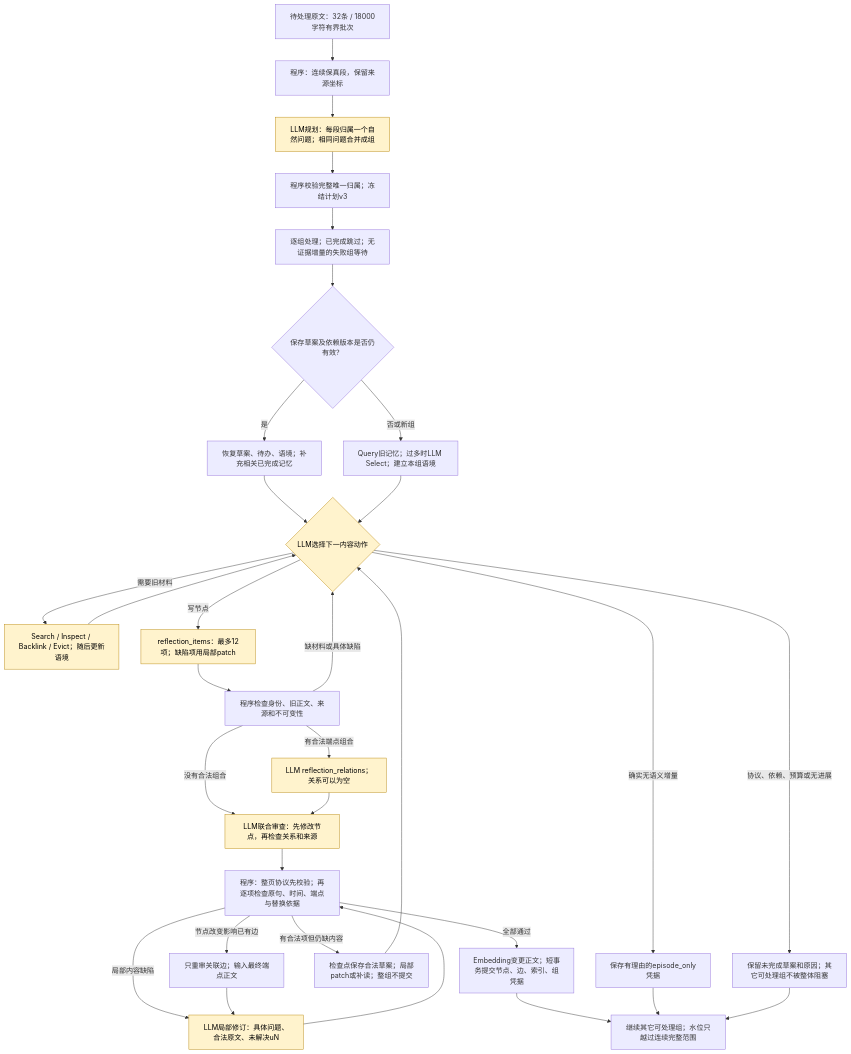
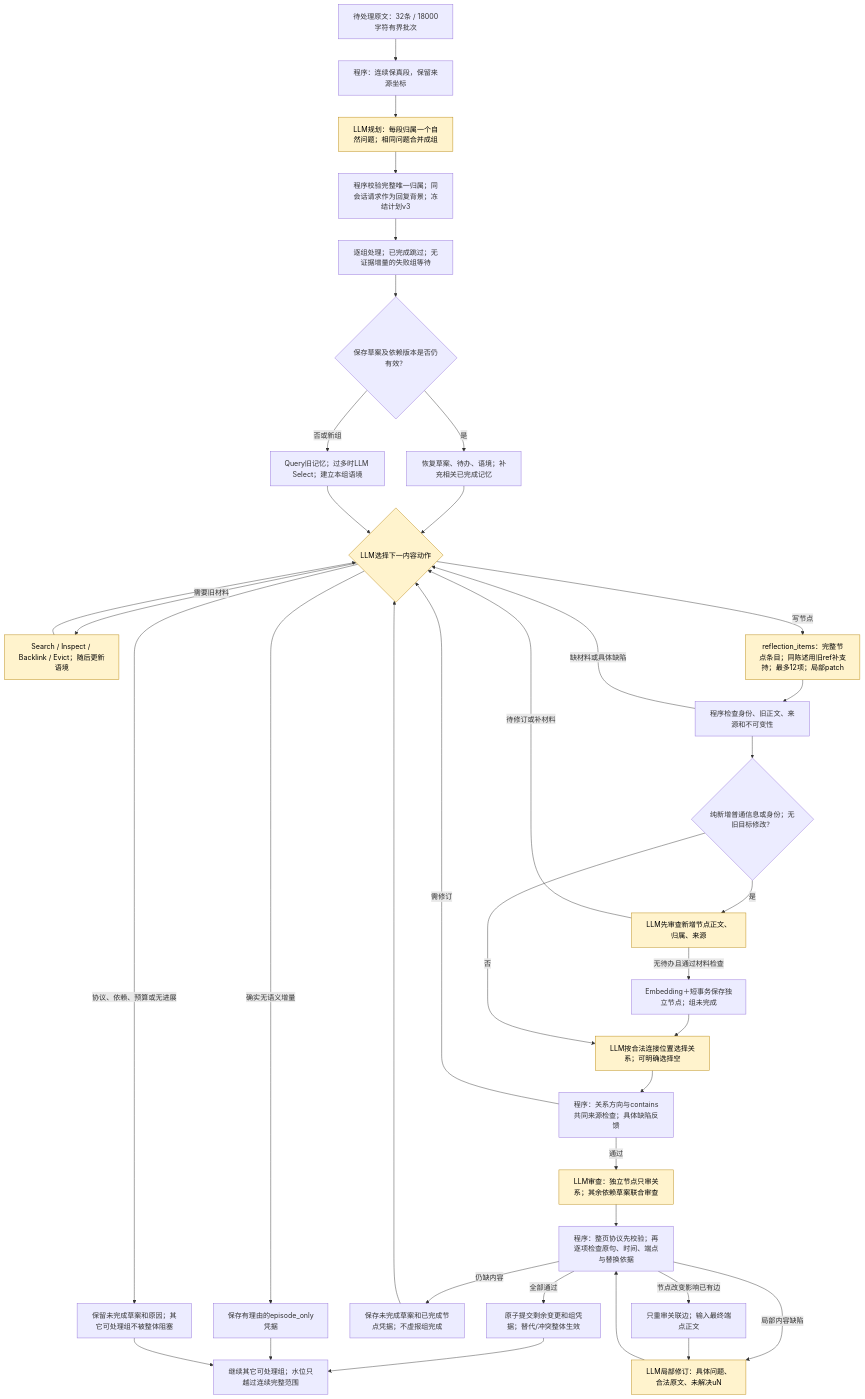
The second of 3 diagrams in DESIGN.md (Graygoo7529/AM-Link), drawn with Mermaid before and after one commit. The commit also changed other lines of this file and 53 other files, not shown here.

````diff
--- a/DESIGN.md
+++ b/DESIGN.md
@@ -44,35 +52,41 @@
 ```mermaid
 flowchart TD
  A[待处理原文：32条 / 18000字符有界批次] --> P[程序：连续保真段，保留来源坐标]
  P --> G[LLM规划：每段归属一个自然问题；相同问题合并成组]
- G --> V[程序校验完整唯一归属；冻结计划v3]
+ G --> V[程序校验完整唯一归属；同会话请求作为回复背景；冻结计划v3]
  V --> N[逐组处理；已完成跳过；无证据增量的失败组等待]
  N --> R{保存草案及依赖版本是否仍有效？}
  R -->|是| S[恢复草案、待办、语境；补充相关已完成记忆]
  R -->|否或新组| O[Query旧记忆；过多时LLM Select；建立本组语境]
  S --> L
  O --> L{LLM选择下一内容动作}
  L -->|需要旧材料| Q[Search / Inspect / Backlink / Evict；随后更新语境]
  Q --> L
- L -->|写节点| I[reflection_items：最多12项；缺陷项用局部patch]
+ L -->|写节点| I[reflection_items：完整节点条目；同陈述用旧ref补支持；最多12项；局部patch]
  L -->|确实无语义增量| NO[保存有理由的episode_only凭据]
  I --> C[程序检查身份、旧正文、来源和不可变性]
  C -->|缺材料或具体缺陷| L
- C -->|有合法端点组合| E[LLM reflection_relations；关系可以为空]
- C -->|没有合法组合| U
- E --> U[LLM联合审查：先修改节点，再检查关系和来源]
+ C --> IC{纯新增普通信息或身份；无旧目标修改？}
+ IC -->|是| NR[LLM先审查新增节点正文、归属、来源]
+ NR -->|无待办且通过材料检查| NC[Embedding＋短事务保存独立节点；组未完成]
+ NR -->|待修订或补材料| L
+ NC --> E[LLM按合法连接位置选择关系；可明确选择空]
+ IC -->|否| E
+ E --> E2[程序：关系方向与contains共同来源检查；具体缺陷反馈]
+ E2 -->|通过| U[LLM审查：独立节点只审关系；其余依赖草案联合审查]
+ E2 -->|需修订| L
  U --> K[程序：整页协议先校验；再逐项检查原句、时间、端点与替换依据]
  K -->|局部内容缺陷| LR[LLM局部修订：具体问题、合法原文、未解决uN]
  LR --> K
  K -->|节点改变影响已有边| ER[只重审关联边；输入最终端点正文]
  ER --> LR
- K -->|有合法项但仍缺内容| W[检查点保存合法草案；局部patch或补读；整组不提交]
+ K -->|仍缺内容| W[保存未完成草案和已完成节点凭据；不虚报组完成]
  W --> L
- K -->|全部通过| T[Embedding变更正文；短事务提交节点、边、索引、组凭据]
+ K -->|全部通过| T[原子提交剩余变更和组凭据；替代/冲突整体生效]
  T --> NEXT[继续其它可处理组；水位只越过连续完整范围]
  NO --> NEXT
  L -->|协议、依赖、预算或无进展| FAIL[保留未完成草案和原因；其它可处理组不被整体阻塞]
  FAIL --> NEXT
  classDef model fill:#fff3cd,stroke:#b8860b,color:#000
- class G,L,Q,I,E,U,LR model
+ class G,L,Q,I,E,U,LR,NR model
 ```
````
